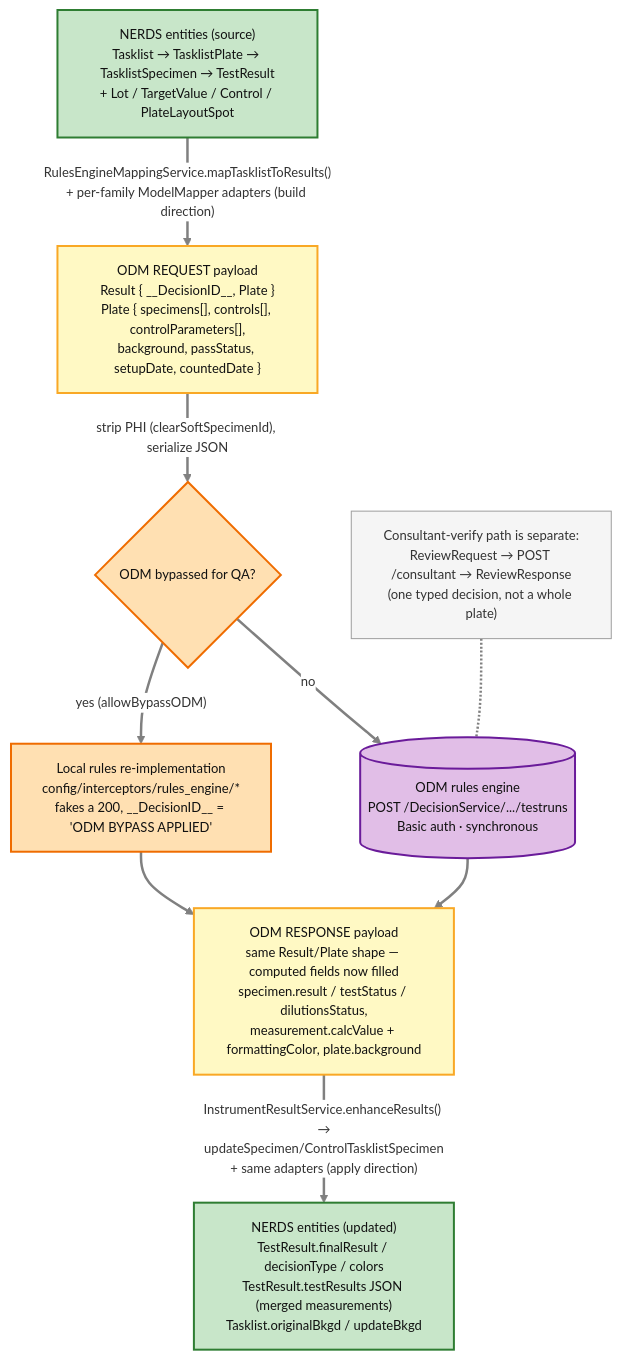
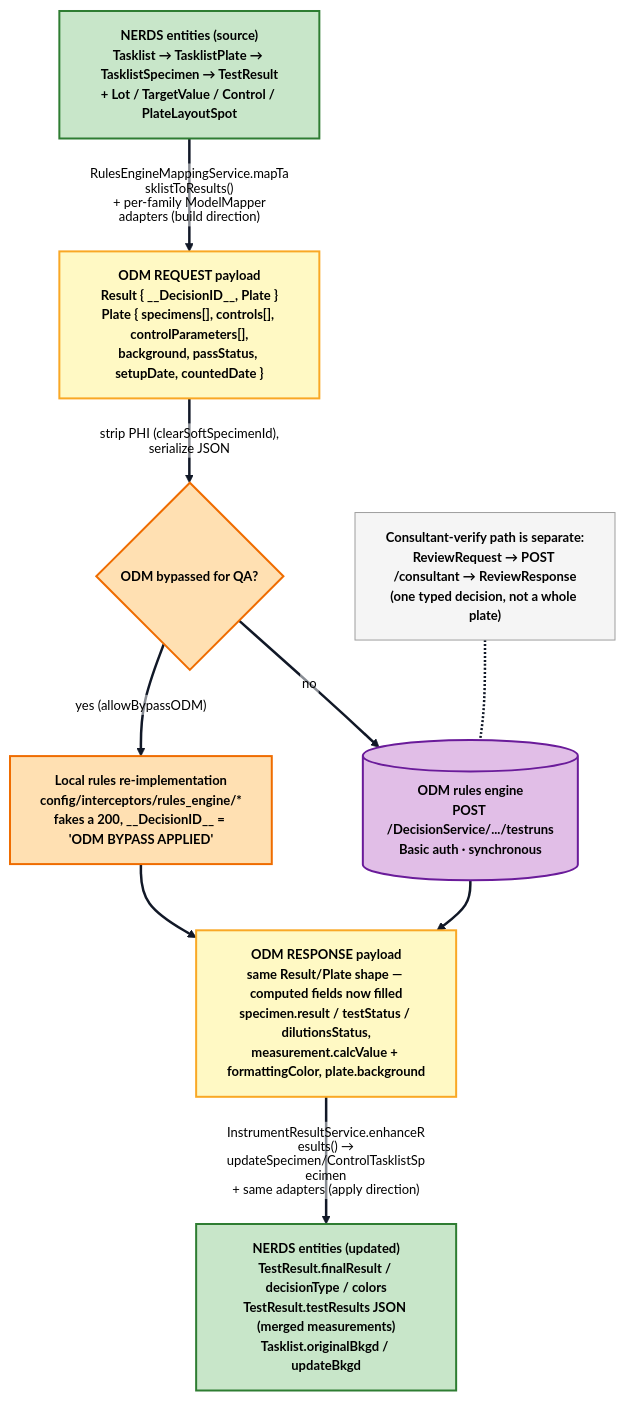
One commit to fengyanglin09/my-work-dashboard-app changed the first of 5 diagrams in src/assets/pages/app-resources/nerds/appDetails/00step/review-stage/odm-payload-mapping.md. Above: the diagram before and after it, drawn with Mermaid. The commit also changed other lines of this file and 35 other files, not shown here.

Commit message:
Add new mermaid diagrams for workflow and testing processes

````diff
--- a/src/assets/pages/app-resources/nerds/appDetails/00step/review-stage/odm-payload-mapping.md
+++ b/src/assets/pages/app-resources/nerds/appDetails/00step/review-stage/odm-payload-mapping.md
@@ -24,32 +24,32 @@
 ```mermaid
-%%{init: {"theme":"base", "themeVariables":{"background":"#ffffff","lineColor":"#808080","edgeLabelBackground":"#ffffff","fontSize":"13px"}, "flowchart":{"curve":"basis"}}}%%
+%%{init: {"theme":"base", "themeVariables":{"background":"#ffffff","mainBkg":"#ffffff","primaryColor":"#f8fafc","primaryTextColor":"#000000","primaryBorderColor":"#111827","secondaryColor":"#f8fafc","secondaryTextColor":"#000000","secondaryBorderColor":"#111827","tertiaryColor":"#f8fafc","tertiaryTextColor":"#000000","tertiaryBorderColor":"#111827","lineColor":"#111827","defaultLinkColor":"#111827","nodeTextColor":"#000000","textColor":"#000000","titleColor":"#000000","edgeLabelBackground":"#ffffff","clusterBkg":"#f8fafc","clusterBorder":"#111827","fontSize":"13px"}, "themeCSS":".nodeLabel,.nodeLabel *,.edgeLabel,.edgeLabel *,.cluster-label,.cluster-label *,.label,.label *,foreignObject,foreignObject *,text,tspan{color:#000000 !important;fill:#000000 !important;font-weight:700 !important;}.edgeLabel rect,.labelBkg{fill:#ffffff !important;opacity:0.96 !important;}", "flowchart":{"curve":"basis","htmlLabels":false}}}%%
 flowchart TD
     SRC["NERDS entities (source)<br/>Tasklist → TasklistPlate → TasklistSpecimen → TestResult<br/>+ Lot / TargetValue / Control / PlateLayoutSpot"]
 
     SRC -->|"RulesEngineMappingService.mapTasklistToResults()<br/>+ per-family ModelMapper adapters (build direction)"| REQ["ODM REQUEST payload<br/>Result { __DecisionID__, Plate }<br/>Plate { specimens[], controls[], controlParameters[],<br/>background, passStatus, setupDate, countedDate }"]
 
     REQ -->|"strip PHI (clearSoftSpecimenId), serialize JSON"| SEND{"ODM bypassed for QA?"}
     SEND -->|no| ODM[("ODM rules engine<br/>POST /DecisionService/.../testruns<br/>Basic auth · synchronous")]
     SEND -->|"yes (allowBypassODM)"| LOCAL["Local rules re-implementation<br/>config/interceptors/rules_engine/*<br/>fakes a 200, __DecisionID__ = 'ODM BYPASS APPLIED'"]
 
     ODM --> RESP
     LOCAL --> RESP["ODM RESPONSE payload<br/>same Result/Plate shape — computed fields now filled<br/>specimen.result / testStatus / dilutionsStatus,<br/>measurement.calcValue + formattingColor, plate.background"]
 
     RESP -->|"InstrumentResultService.enhanceResults() →<br/>updateSpecimen/ControlTasklistSpecimen<br/>+ same adapters (apply direction)"| BACK["NERDS entities (updated)<br/>TestResult.finalResult / decisionType / colors<br/>TestResult.testResults JSON (merged measurements)<br/>Tasklist.originalBkgd / updateBkgd"]
 
     NOTE["Consultant-verify path is separate:<br/>ReviewRequest → POST /consultant → ReviewResponse<br/>(one typed decision, not a whole plate)"] -.- ODM
 
-    classDef ent   fill:#c8e6c9,stroke:#2e7d32,stroke-width:2px,color:#111111;
-    classDef pay   fill:#fff9c4,stroke:#f9a825,stroke-width:2px,color:#111111;
-    classDef odm   fill:#e1bee7,stroke:#6a1b9a,stroke-width:2px,color:#111111;
-    classDef gate  fill:#ffe0b2,stroke:#ef6c00,stroke-width:2px,color:#111111;
-    classDef note  fill:#f5f5f5,stroke:#9e9e9e,stroke-width:1px,color:#333333;
+    classDef ent   fill:#c8e6c9,stroke:#2e7d32,stroke-width:2px,color:#000000,font-weight:700;
+    classDef pay   fill:#fff9c4,stroke:#f9a825,stroke-width:2px,color:#000000,font-weight:700;
+    classDef odm   fill:#e1bee7,stroke:#6a1b9a,stroke-width:2px,color:#000000,font-weight:700;
+    classDef gate  fill:#ffe0b2,stroke:#ef6c00,stroke-width:2px,color:#000000,font-weight:700;
+    classDef note  fill:#f5f5f5,stroke:#9e9e9e,stroke-width:1px,color:#000000,font-weight:700;
 
     class SRC,BACK ent;
     class REQ,RESP pay;
     class ODM odm;
     class SEND,LOCAL gate;
     class NOTE note;
 
-    linkStyle default stroke:#808080,stroke-width:2.5px
+    linkStyle default stroke:#111827,stroke-width:2.5px
 ```
````
